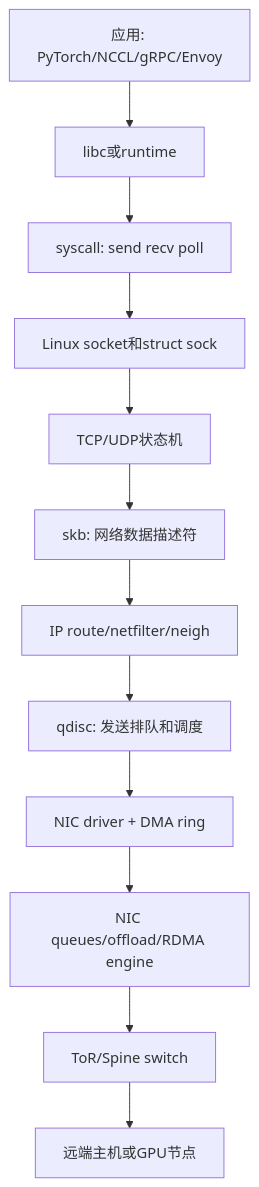
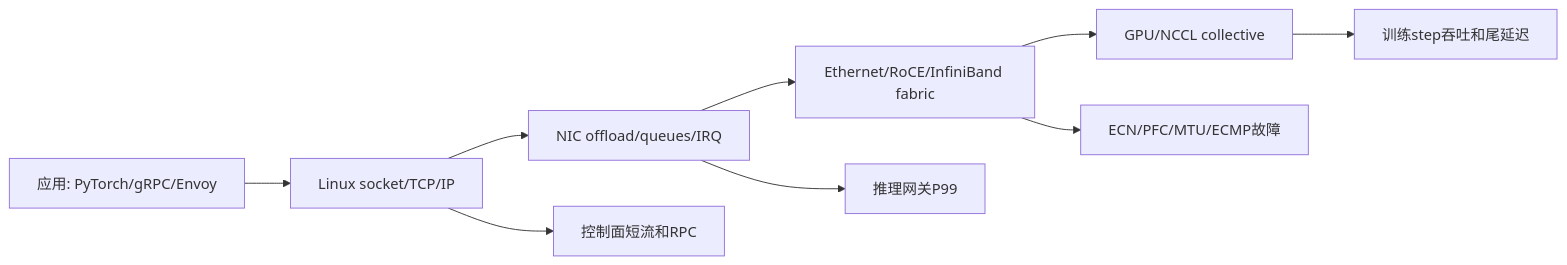
The diagram in ai-infra-tutorial/part0-foundations-of-systems/0d-network-stack-fundamentals.md (qxhy123/learn), drawn with Mermaid before and after one commit. The commit also changed other lines of this file and 12 other files, not shown here.

````diff
--- a/ai-infra-tutorial/part0-foundations-of-systems/0d-network-stack-fundamentals.md
+++ b/ai-infra-tutorial/part0-foundations-of-systems/0d-network-stack-fundamentals.md
@@ -99,14 +22,11 @@
 ```mermaid
-flowchart TB
-  app[应用: PyTorch/NCCL/gRPC/Envoy] --> libc[libc或runtime]
-  libc --> sys[syscall: send recv poll]
-  sys --> sock[Linux socket和struct sock]
-  sock --> tcp[TCP/UDP状态机]
-  tcp --> skb[skb: 网络数据描述符]
-  skb --> ip[IP route/netfilter/neigh]
-  ip --> qdisc[qdisc: 发送排队和调度]
-  qdisc --> drv[NIC driver + DMA ring]
-  drv --> nic[NIC queues/offload/RDMA engine]
-  nic --> sw[ToR/Spine switch]
-  sw --> peer[远端主机或GPU节点]
+flowchart LR
+  App[应用: PyTorch/gRPC/Envoy] --> Linux[Linux socket/TCP/IP]
+  Linux --> NIC[NIC offload/queues/IRQ]
+  NIC --> Fabric[Ethernet/RoCE/InfiniBand fabric]
+  Fabric --> GPU[GPU/NCCL collective]
+  Linux --> Control[控制面短流和RPC]
+  GPU --> Train[训练step吞吐和尾延迟]
+  NIC --> Service[推理网关P99]
+  Fabric --> Loss[ECN/PFC/MTU/ECMP故障]
 ```
````
